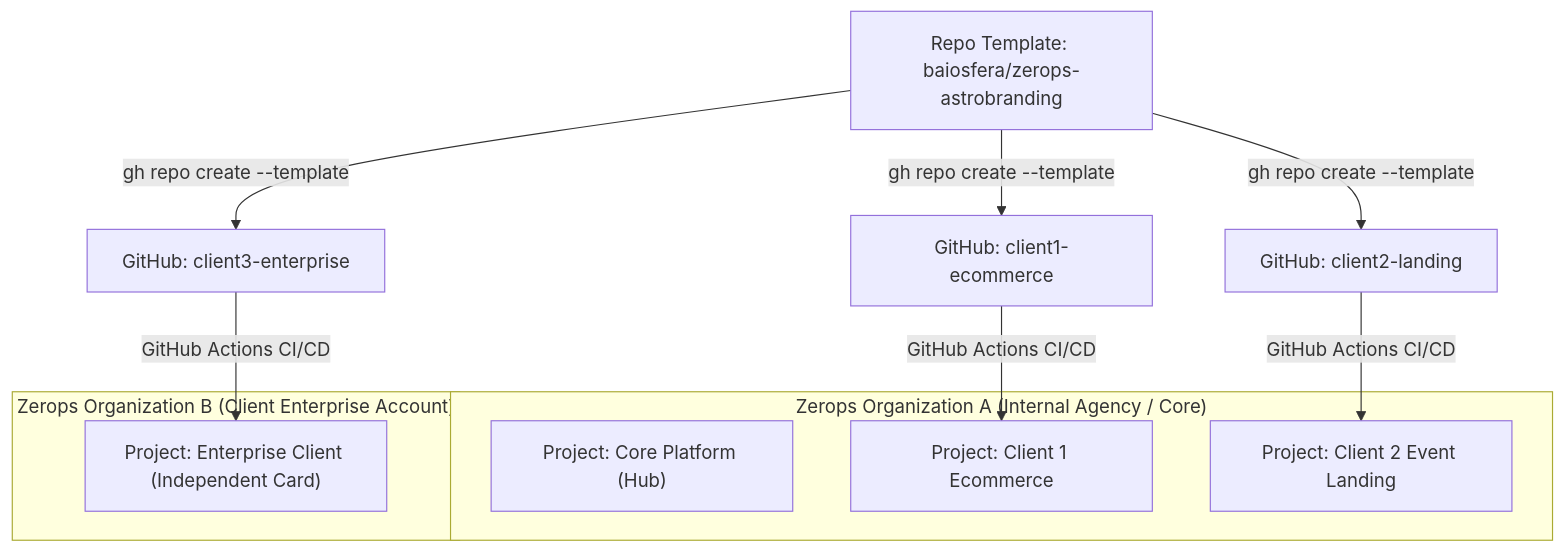
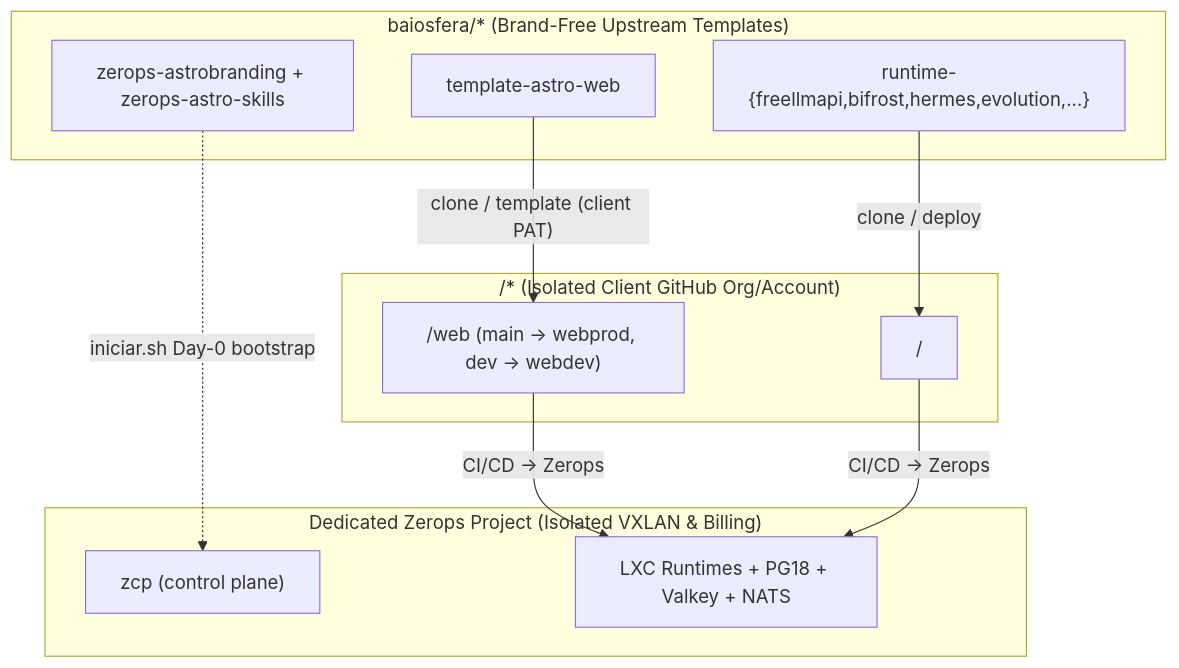
One commit to baiosfera/zerops-astrobranding changed the diagram in README.md. Above: the diagram before and after it, drawn with Mermaid. The commit also changed other lines of this file and 11 other files, not shown here.

Commit message:
fix(bootstrap): harden Day-0 ZCP parity, Engram cwd wrapper, and decoupled catalog docs

````diff
--- a/README.md
+++ b/README.md
@@ -79,19 +90,24 @@
 ```mermaid
 graph TD
-    subgraph Org1["Zerops Organization A (Internal Agency / Core)"]
-        ProjCore["Project: Core Platform (Hub)"]
-        ProjClient1["Project: Client 1 Ecommerce"]
-        ProjClient2["Project: Client 2 Event Landing"]
+    subgraph Upstream["baiosfera/* (Brand-Free Upstream Templates)"]
+        Catalog["zerops-astrobranding + zerops-astro-skills"]
+        TplWeb["template-astro-web"]
+        TplRuntimes["runtime-{freellmapi,bifrost,hermes,evolution,...}"]
     end
-    subgraph Org2["Zerops Organization B (Client Enterprise Account)"]
-        ProjClient3["Project: Enterprise Client (Independent Card)"]
+
+    subgraph ClientRepo["<brand>/* (Isolated Client GitHub Org/Account)"]
+        WebRepo["<brand>/web (main -> webprod, dev -> webdev)"]
+        ServiceRepo["<brand>/<service>"]
     end
-    
-    Template["Repo Template: baiosfera/zerops-astrobranding"] -->|gh repo create --template| RepoClient1["GitHub: client1-ecommerce"]
-    Template -->|gh repo create --template| RepoClient2["GitHub: client2-landing"]
-    Template -->|gh repo create --template| RepoClient3["GitHub: client3-enterprise"]
-    
-    RepoClient1 -->|GitHub Actions CI/CD| ProjClient1
-    RepoClient2 -->|GitHub Actions CI/CD| ProjClient2
-    RepoClient3 -->|GitHub Actions CI/CD| ProjClient3
+
+    subgraph ZeropsProj["Dedicated Zerops Project (Isolated VXLAN & Billing)"]
+        ZCP["zcp (control plane)"]
+        Runtimes["LXC Runtimes + PG18 + Valkey + NATS"]
+    end
+
+    TplWeb -->|"clone / template (client PAT)"| WebRepo
+    TplRuntimes -->|"clone / deploy"| ServiceRepo
+    WebRepo -->|"CI/CD -> Zerops"| Runtimes
+    ServiceRepo -->|"CI/CD -> Zerops"| Runtimes
+    Catalog -.->|"iniciar.sh Day-0 bootstrap"| ZCP
 ```
````
